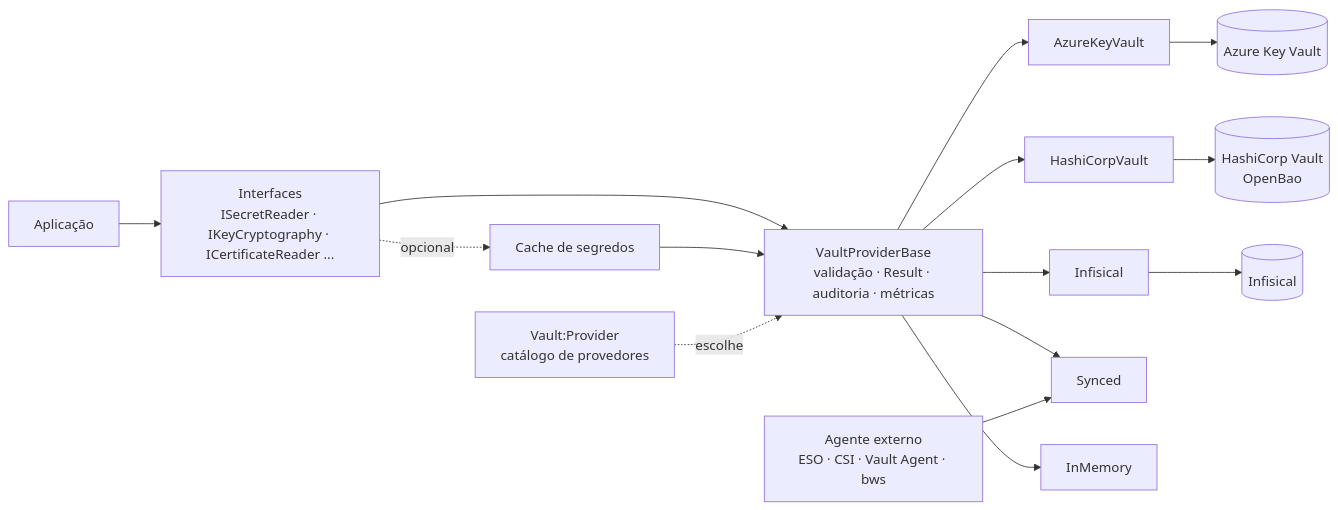
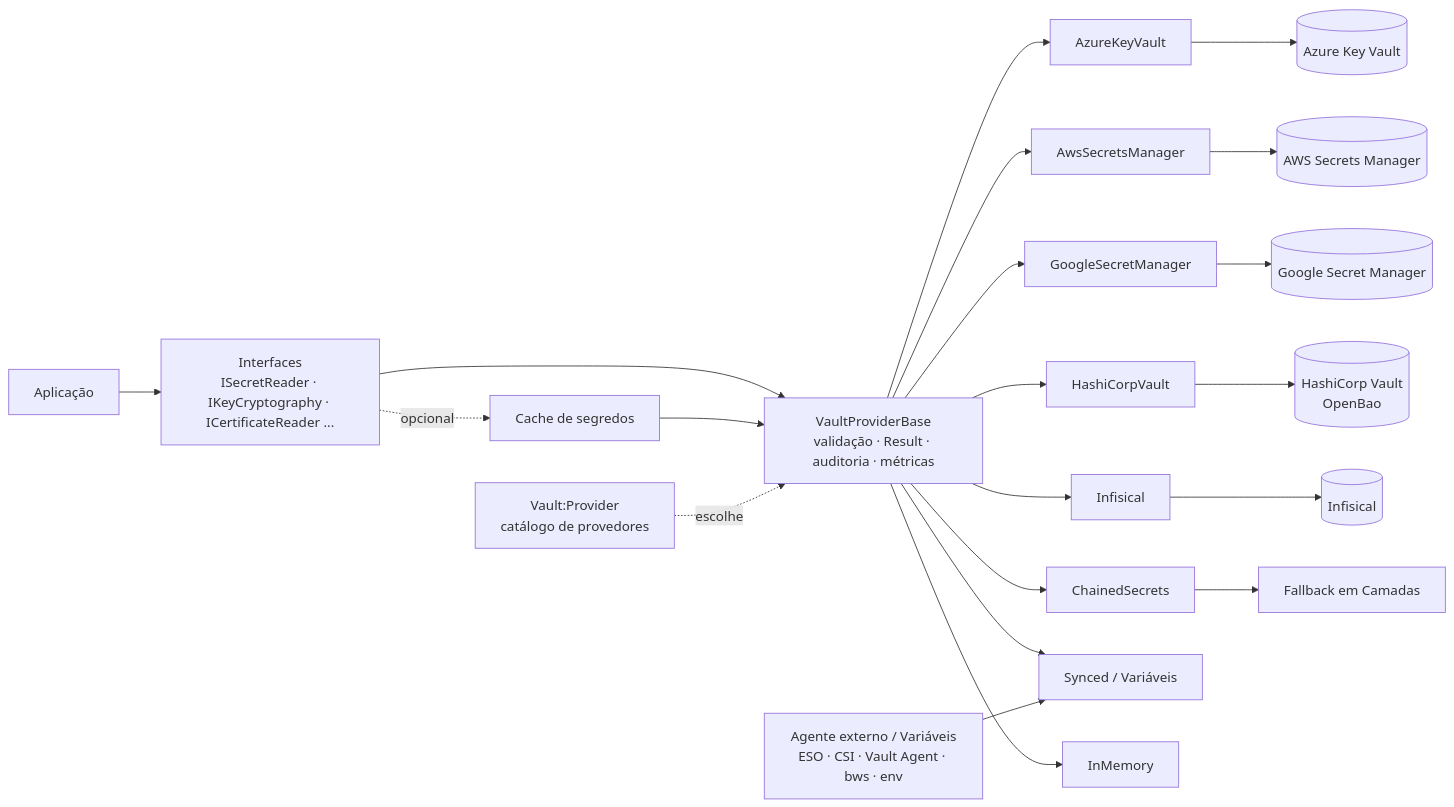
Before and after one commit to tudoemcodigo/lib-tec-vault: the second of 2 diagrams in README.md, drawn with Mermaid. The commit also changed other lines of this file and 9 other files, not shown here.

Commit message:
docs: atualiza documentação completa de provedores AWS, Google, encadeado e variáveis de ambiente

````diff
--- a/README.md
+++ b/README.md
@@ -178,14 +182,17 @@
 ```mermaid
 flowchart LR
     APP["Aplicação"] --> I["Interfaces<br/>ISecretReader · IKeyCryptography · ICertificateReader ..."]
     I -. opcional .-> C["Cache de segredos"]
     I --> B["VaultProviderBase<br/>validação · Result · auditoria · métricas"]
     C --> B
     SEL["Vault:Provider<br/>catálogo de provedores"] -. escolhe .-> B
     B --> AZ["AzureKeyVault"] --> KV[("Azure Key Vault")]
+    B --> AWS["AwsSecretsManager"] --> ASM[("AWS Secrets Manager")]
+    B --> GCP["GoogleSecretManager"] --> GSM[("Google Secret Manager")]
     B --> HC["HashiCorpVault"] --> HV[("HashiCorp Vault<br/>OpenBao")]
     B --> INF["Infisical"] --> IS[("Infisical")]
-    B --> SYN["Synced"]
-    AGT["Agente externo<br/>ESO · CSI · Vault Agent · bws"] --> SYN
+    B --> CHN["ChainedSecrets"] --> FB["Fallback em Camadas"]
+    B --> SYN["Synced / Variáveis"]
+    AGT["Agente externo / Variáveis<br/>ESO · CSI · Vault Agent · bws · env"] --> SYN
     B --> MEM["InMemory"]
 ```
````
